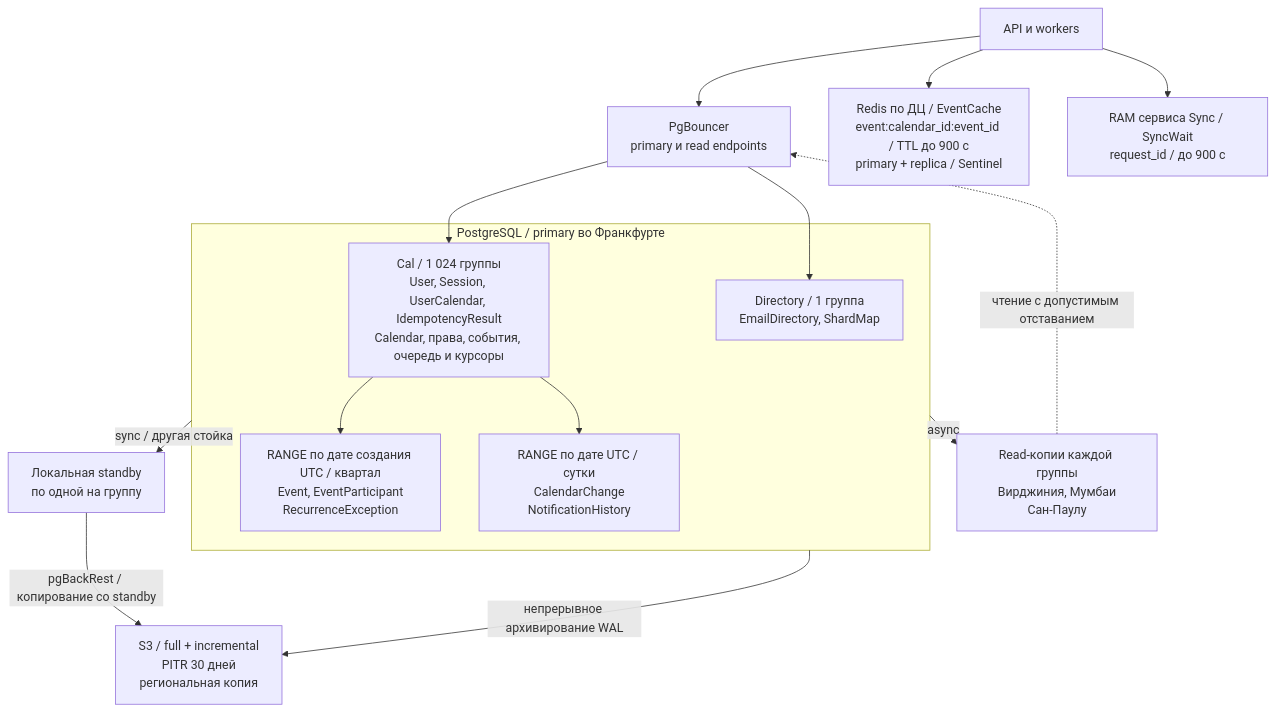
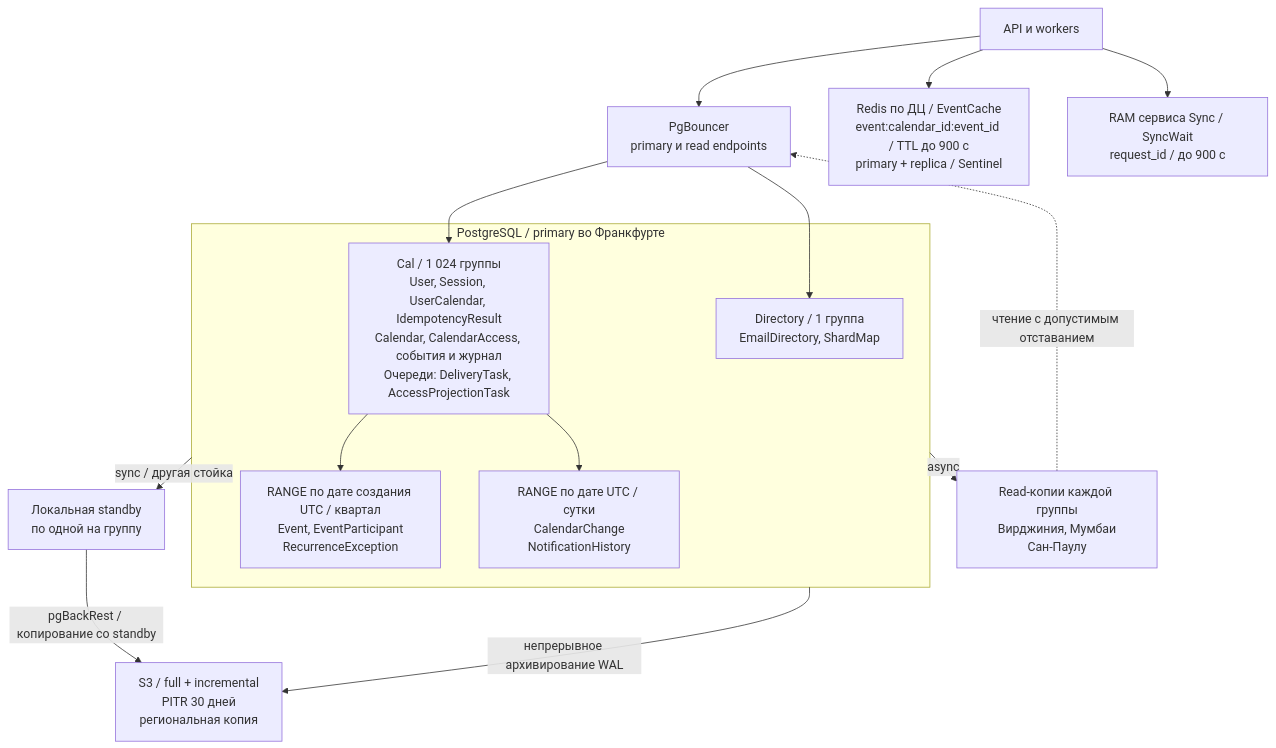
One commit to Klumaks/Highload_Google_Calendar changed the third of 5 diagrams in README.md. Above: the diagram before and after it, drawn with Mermaid. The commit also changed other lines of this file, not shown here.

````diff
--- a/README.md
+++ b/README.md
@@ -771,21 +757,21 @@
 ```mermaid
 flowchart TB
     api["API и workers"] --> pool["PgBouncer<br/>primary и read endpoints"]
     subgraph main["PostgreSQL / primary во Франкфурте"]
-        cal["Cal / 1 024 группы<br/>User, Session, UserCalendar, IdempotencyResult<br/>Calendar, права, события, очередь и курсоры"]
+        cal["Cal / 1 024 группы<br/>User, Session, UserCalendar, IdempotencyResult<br/>Calendar, CalendarAccess, события и журнал<br/>Очереди: DeliveryTask, AccessProjectionTask"]
         quarters["RANGE по дате создания UTC / квартал<br/>Event, EventParticipant<br/>RecurrenceException"]
         days["RANGE по дате UTC / сутки<br/>CalendarChange<br/>NotificationHistory"]
         directory["Directory / 1 группа<br/>EmailDirectory, ShardMap"]
         cal --> quarters
         cal --> days
     end
     pool --> cal
     pool --> directory
     main -->|"sync / другая стойка"| local["Локальная standby<br/>по одной на группу"]
     main -->|"async"| remote["Read-копии каждой группы<br/>Вирджиния, Мумбаи<br/>Сан-Паулу"]
     remote -.->|"чтение с допустимым отставанием"| pool
     api --> cache["Redis по ДЦ / EventCache<br/>event:calendar_id:event_id / TTL до 900 с<br/>primary + replica / Sentinel"]
     api --> wait["RAM сервиса Sync / SyncWait<br/>request_id / до 900 с"]
     local -->|"pgBackRest / копирование со standby"| backup["S3 / full + incremental<br/>PITR 30 дней<br/>региональная копия"]
     main -->|"непрерывное архивирование WAL"| backup
 ```
````
